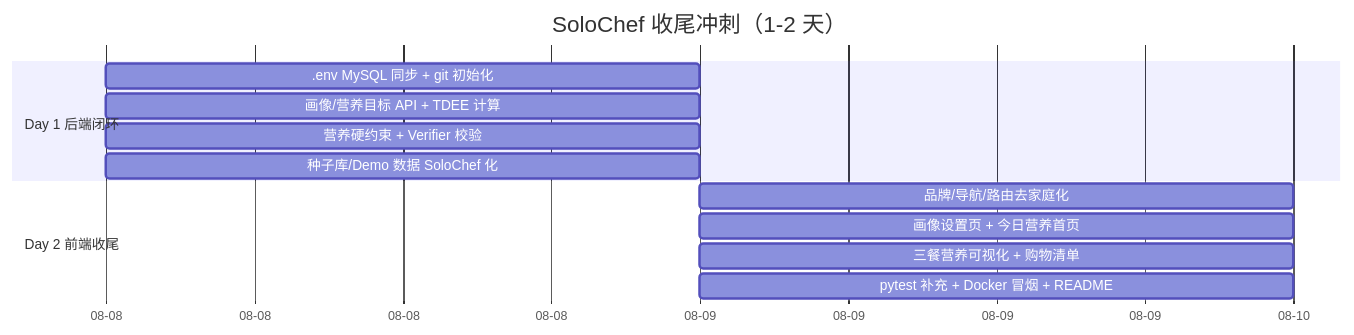
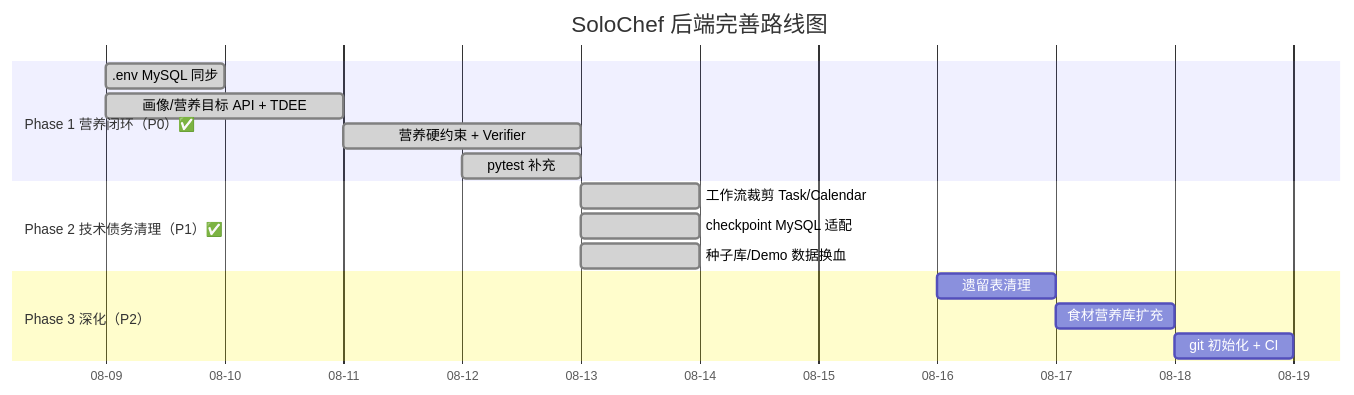
Before and after one commit to renyishu53/Sole-Cuisine: diagram 11 of 11 in SoloChef 项目分析报告.md, drawn with Mermaid. The commit also changed other lines of this file and 44 other files, not shown here.

First line of the commit message:
feat(backend): Phase 3 深化完成——遗留表清理、食材营养库扩充、CI 流水线

````diff
--- a/SoloChef 项目分析报告.md
+++ b/SoloChef 项目分析报告.md
@@ -589,18 +595,22 @@
 ```mermaid
 gantt
-    title SoloChef 收尾冲刺（1-2 天）
+    title SoloChef 后端完善路线图
     dateFormat YYYY-MM-DD
     axisFormat %m-%d
 
-    section Day 1 后端闭环
-    .env MySQL 同步 + git 初始化       :a1, 2026-08-08, 1d
-    画像/营养目标 API + TDEE 计算       :a2, 2026-08-08, 1d
-    营养硬约束 + Verifier 校验          :a3, 2026-08-08, 1d
-    种子库/Demo 数据 SoloChef 化        :a4, 2026-08-08, 1d
+    section Phase 1 营养闭环（P0）✅
+    .env MySQL 同步                :done, p1a, 2026-08-09, 0.5d
+    画像/营养目标 API + TDEE        :done, p1b, 2026-08-09, 2d
+    营养硬约束 + Verifier           :done, p1c, 2026-08-11, 1.5d
+    pytest 补充                    :done, p1d, 2026-08-12, 0.5d
 
-    section Day 2 前端收尾
-    品牌/导航/路由去家庭化              :b1, 2026-08-09, 1d
-    画像设置页 + 今日营养首页            :b2, 2026-08-09, 1d
-    三餐营养可视化 + 购物清单            :b3, 2026-08-09, 1d
-    pytest 补充 + Docker 冒烟 + README  :b4, 2026-08-09, 1d
+    section Phase 2 技术债务清理（P1）✅
+    工作流裁剪 Task/Calendar       :done, p2a, 2026-08-13, 1d
+    checkpoint MySQL 适配           :done, p2b, 2026-08-13, 0.5d
+    种子库/Demo 数据换血            :done, p2c, 2026-08-13, 0.5d
+
+    section Phase 3 深化（P2）
+    遗留表清理                     :p3a, 2026-08-16, 1d
+    食材营养库扩充                  :p3b, 2026-08-17, 1d
+    git 初始化 + CI                :p3c, 2026-08-18, 0.5d
 ```
````
